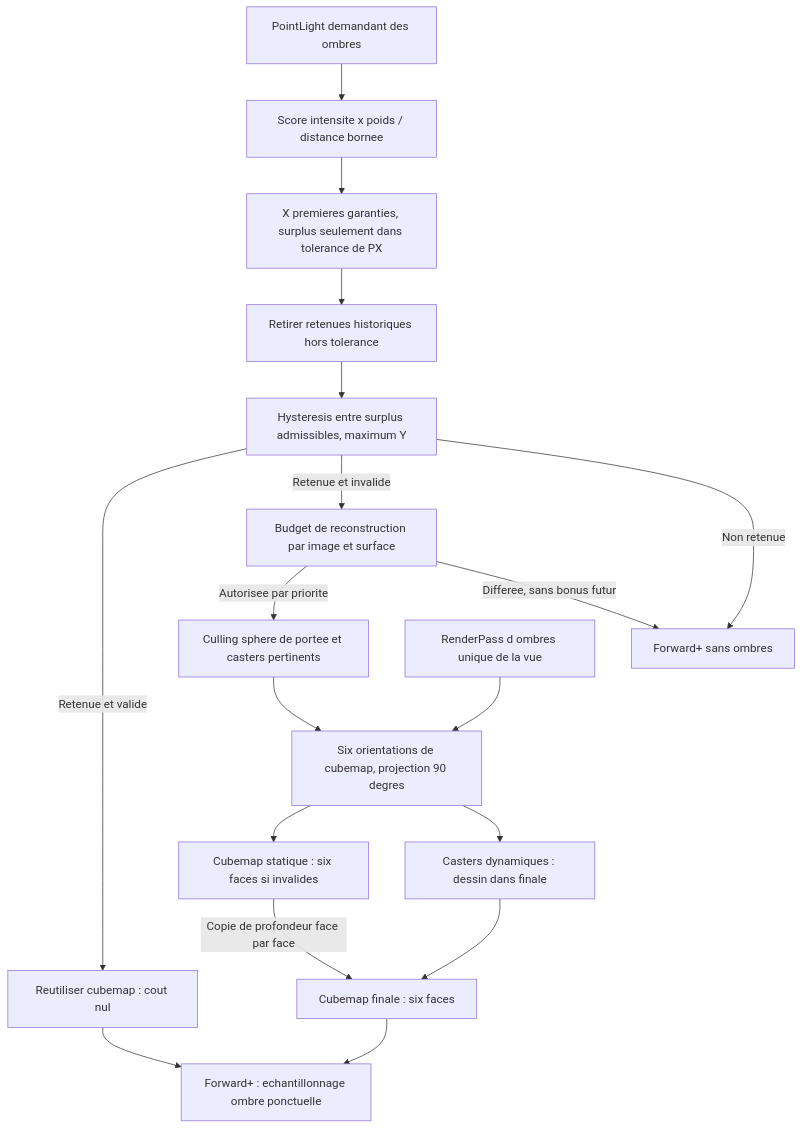
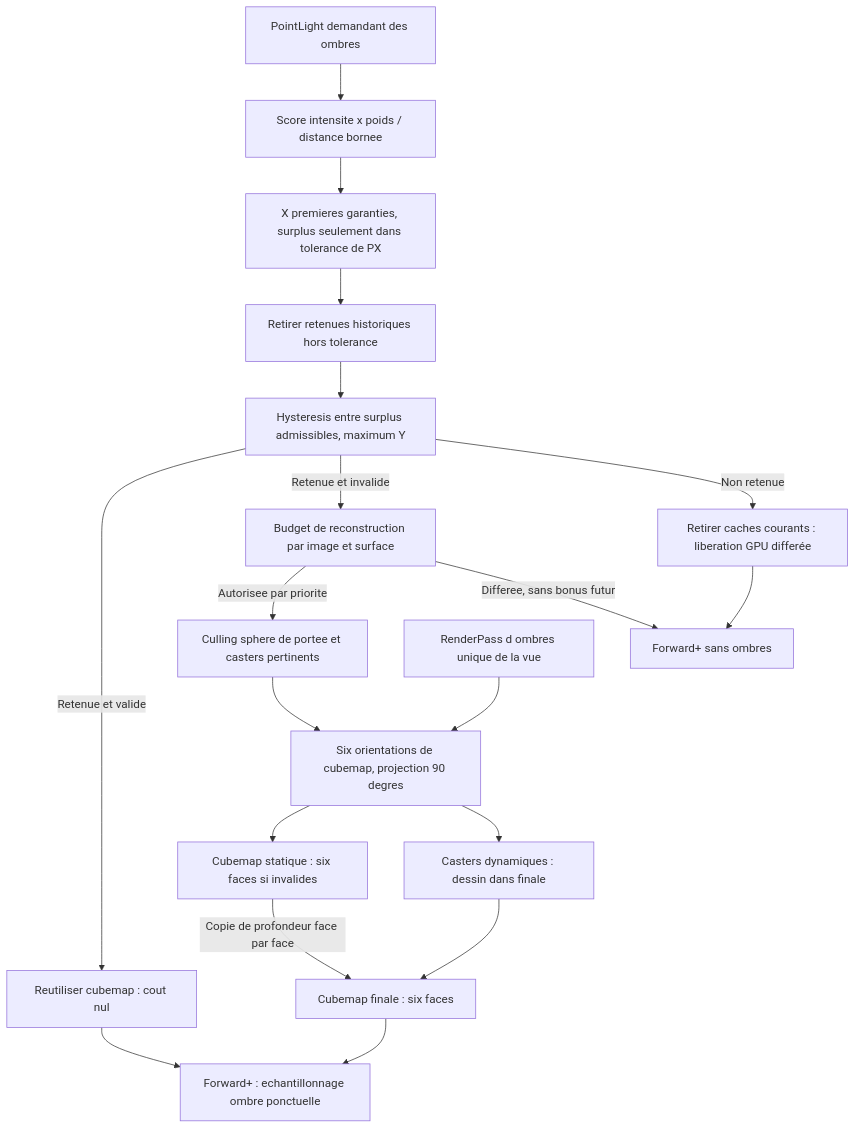
The tenth of 19 diagrams in docs/voxel-engine-v0.1.4-specification.md (EreliaStudio/Sparkle), drawn with Mermaid before and after one commit. The commit also changed other lines of this file, not shown here.

Commit message:
docs(v0.1.4): evict deselected point shadow caches with deferred GPU retirement and full rebuild on readmission

````diff
--- a/docs/voxel-engine-v0.1.4-specification.md
+++ b/docs/voxel-engine-v0.1.4-specification.md
@@ -803,20 +839,21 @@
 ```mermaid
 flowchart TD
   Point["PointLight demandant des ombres"] --> Score["Score intensite x poids / distance bornee"]
   Score --> Soft["X premieres garanties, surplus seulement dans tolerance de PX"]
   Soft --> Hist["Retirer retenues historiques hors tolerance"]
   Hist --> Limit["Hysteresis entre surplus admissibles, maximum Y"]
   Limit -->|"Retenue et valide"| Available["Reutiliser cubemap : cout nul"]
   Limit -->|"Retenue et invalide"| Surface["Budget de reconstruction par image et surface"]
   Surface -->|"Autorisee par priorite"| Range["Culling sphere de portee et casters pertinents"]
   Surface -->|"Differee, sans bonus futur"| LightOnly["Forward+ sans ombres"]
-  Limit -->|"Non retenue"| LightOnly
+  Limit -->|"Non retenue"| Evict["Retirer caches courants : liberation GPU differée"]
+  Evict --> LightOnly
   Range --> Faces["Six orientations de cubemap, projection 90 degres"]
   Available --> Forward["Forward+ : echantillonnage ombre ponctuelle"]
   Faces --> Static["Cubemap statique : six faces si invalides"]
   Static -->|"Copie de profondeur face par face"| Final["Cubemap finale : six faces"]
   Faces --> Dyn["Casters dynamiques : dessin dans finale"]
   Dyn --> Final
   Final --> Forward["Forward+ : echantillonnage ombre ponctuelle"]
   ShadowPass["RenderPass d ombres unique de la vue"] --> Faces
 ```
````
